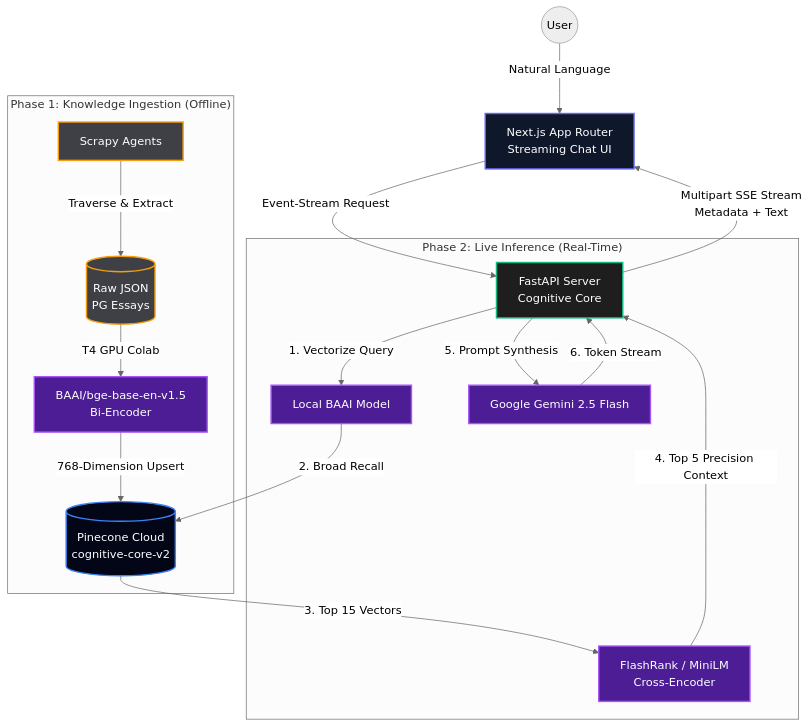
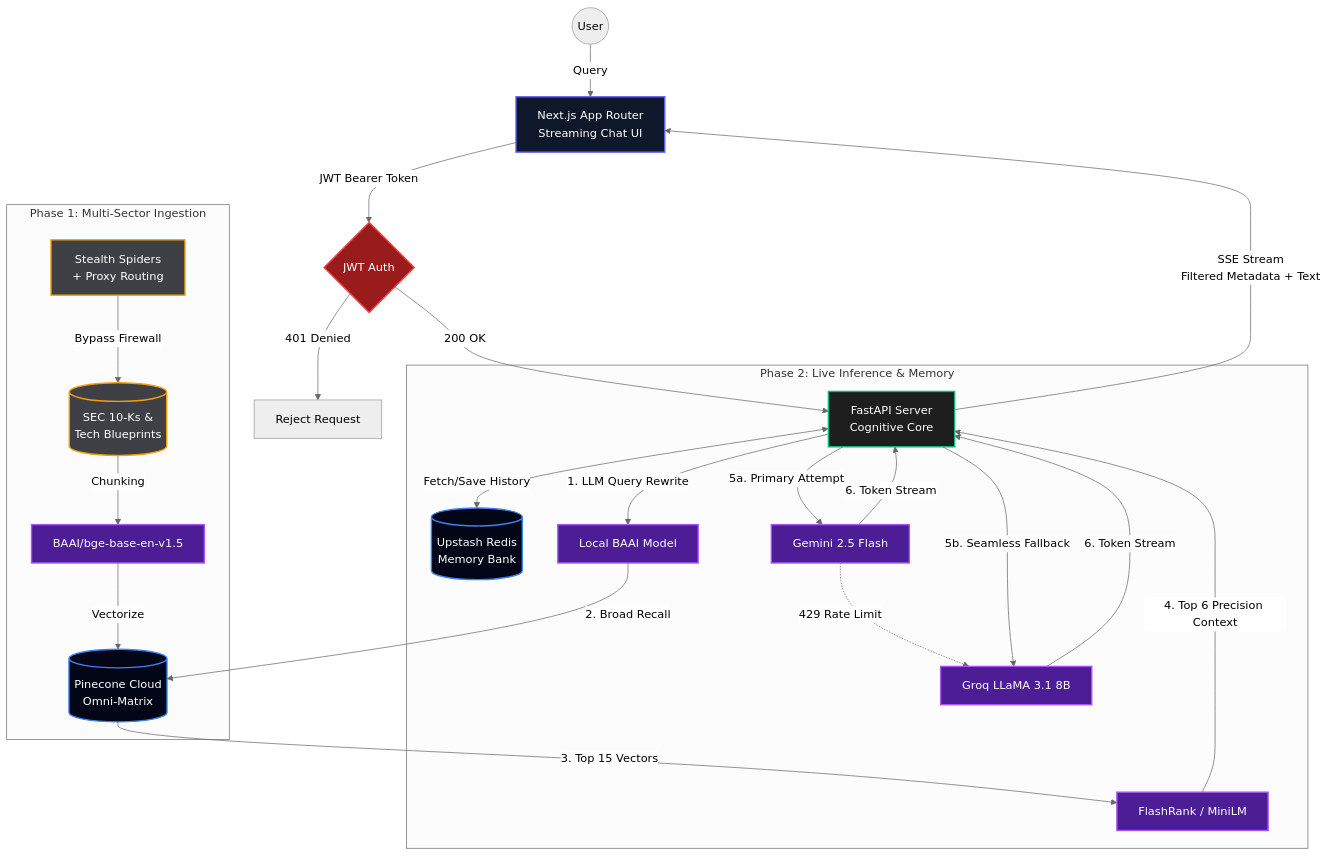
One commit to Arjo216/Cognitive-Engine-V1 changed the diagram in README.md. Above: the diagram before and after it, drawn with Mermaid (neutral theme). The commit also changed other lines of this file and 6 other files, not shown here.

````diff
--- a/README.md
+++ b/README.md
@@ -35,28 +40,36 @@
 ```mermaid
 graph TB
     classDef frontend fill:#0f172a,stroke:#6366f1,stroke-width:2px,color:#fff;
     classDef backend fill:#1e1e1e,stroke:#10b981,stroke-width:2px,color:#fff;
     classDef db fill:#020617,stroke:#3b82f6,stroke-width:2px,color:#fff;
     classDef ai fill:#4c1d95,stroke:#a855f7,stroke-width:2px,color:#fff;
     classDef crawler fill:#3f3f46,stroke:#f59e0b,stroke-width:2px,color:#fff;
+    classDef security fill:#991b1b,stroke:#ef4444,stroke-width:2px,color:#fff;
 
-    User((User)) -->|Natural Language| UI[Next.js App Router\nStreaming Chat UI]:::frontend
-    UI -->|Event-Stream Request| API[FastAPI Server\nCognitive Core]:::backend
+    User((User)) -->|Query| UI[Next.js App Router\nStreaming Chat UI]:::frontend
+    UI -->|JWT Bearer Token| Gatekeeper{JWT Auth}:::security
+    Gatekeeper -->|401 Denied| Deny[Reject Request]
+    Gatekeeper -->|200 OK| API[FastAPI Server\nCognitive Core]:::backend
 
-    subgraph "Phase 1: Knowledge Ingestion (Offline)"
-        Spider[Scrapy Agents]:::crawler -->|Traverse & Extract| RawData[(Raw JSON\nPG Essays)]:::crawler
-        RawData -->|T4 GPU Colab| Embedding[BAAI/bge-base-en-v1.5\nBi-Encoder]:::ai
-        Embedding -->|768-Dimension Upsert| VectorDB[(Pinecone Cloud\ncognitive-core-v2)]:::db
+    subgraph "Phase 1: Multi-Sector Ingestion"
+        Spider[Stealth Spiders\n+ Proxy Routing]:::crawler -->|Bypass Firewall| RawData[(SEC 10-Ks &\nTech Blueprints)]:::crawler
+        RawData -->|Chunking| Embedding[BAAI/bge-base-en-v1.5]:::ai
+        Embedding -->|Vectorize| VectorDB[(Pinecone Cloud\nOmni-Matrix)]:::db
     end
 
-    subgraph "Phase 2: Live Inference (Real-Time)"
-        API -->|1. Vectorize Query| EmbedQuery[Local BAAI Model]:::ai
+    subgraph "Phase 2: Live Inference & Memory"
+        API <-->|Fetch/Save History| Redis[(Upstash Redis\nMemory Bank)]:::db
+        API -->|1. LLM Query Rewrite| EmbedQuery[Local BAAI Model]:::ai
         EmbedQuery -->|2. Broad Recall| VectorDB
-        VectorDB -->|3. Top 15 Vectors| Reranker[FlashRank / MiniLM\nCross-Encoder]:::ai
-        Reranker -->|4. Top 5 Precision Context| API
-        API -->|5. Prompt Synthesis| Gemini[Google Gemini 2.5 Flash]:::ai
-        Gemini -->|6. Token Stream| API
+        VectorDB -->|3. Top 15 Vectors| Reranker[FlashRank / MiniLM]:::ai
+        Reranker -->|4. Top 6 Precision Context| API
+        
+        API -->|5a. Primary Attempt| Gemini[Gemini 2.5 Flash]:::ai
+        Gemini -.->|429 Rate Limit| Groq
+        API -->|5b. Seamless Fallback| Groq[Groq LLaMA 3.1 8B]:::ai
+        
+        Gemini & Groq -->|6. Token Stream| API
     end
 
-    API -->|Multipart SSE Stream\nMetadata + Text| UI
+    API -->|SSE Stream\nFiltered Metadata + Text| UI
 ```
````
